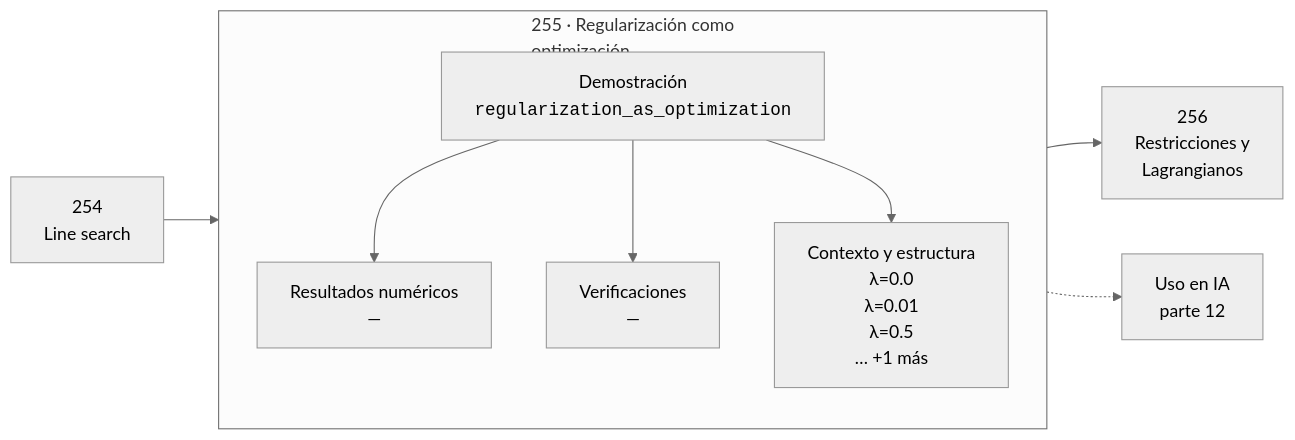
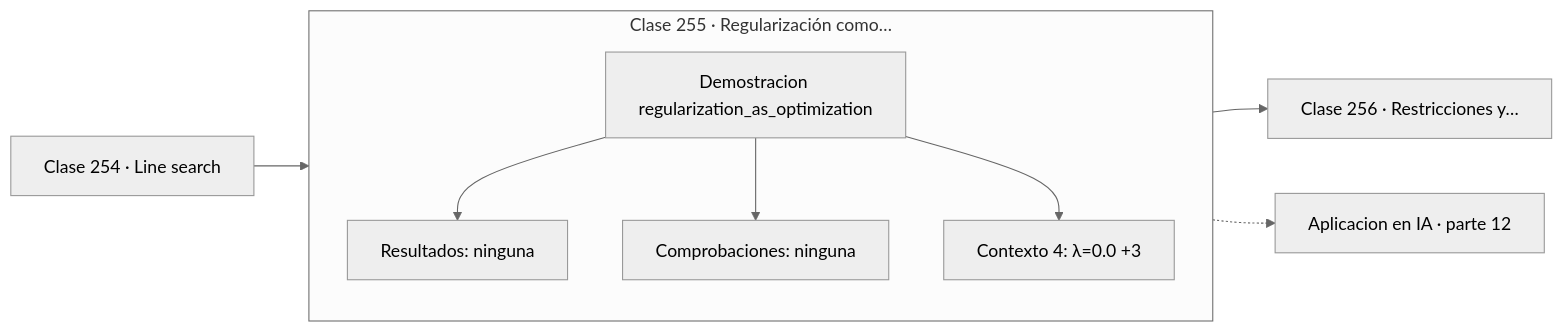
Before and after one commit to vladimiracunadev-create/computational-mathematics-program: the diagram in classes/part-12-optimizacion-matematica-y-computacional/255-regularizacion-como-optimizacion/README.md, drawn with Mermaid (neutral theme). The commit also changed 389 other files, not shown here.

First line of the commit message:
fix(diagramas): elimina el HTML de las etiquetas Mermaid

````diff
--- a/classes/part-12-optimizacion-matematica-y-computacional/255-regularizacion-como-optimizacion/README.md
+++ b/classes/part-12-optimizacion-matematica-y-computacional/255-regularizacion-como-optimizacion/README.md
@@ -30,12 +30,13 @@
 ```mermaid
 flowchart LR
-    P["254<br/>Line search"] --> C
-    subgraph C["255 · Regularización como<br/>optimización"]
+    P["Clase 254 · Line search"] --> D
+    subgraph CLASE["Clase 255 · Regularización como…"]
         direction TB
-        D["Demostración<br/><code>regularization_as_optimization</code>"] --> R["Resultados numéricos<br/>—"]
-        D --> V["Verificaciones<br/>—"]
-        D --> O["Contexto y estructura<br/>λ=0.0<br/>λ=0.01<br/>λ=0.5<br/>… +1 más"]
+        D["Demostracion regularization_as_optimization"]
+        D --> R["Resultados: ninguna"]
+        D --> V["Comprobaciones: ninguna"]
+        D --> O["Contexto 4: λ=0.0 +3"]
     end
-    C --> N["256<br/>Restricciones y<br/>Lagrangianos"]
-    C -.-> IA["Uso en IA<br/>parte 12"]
+    R --> N["Clase 256 · Restricciones y…"]
+    V -.-> IA["Aplicacion en IA · parte 12"]
 ```
````
